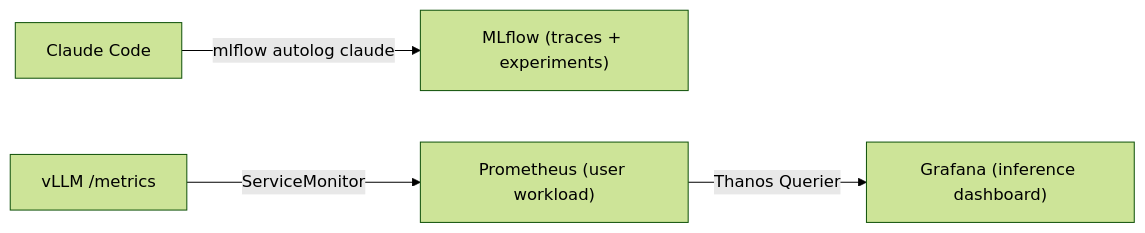
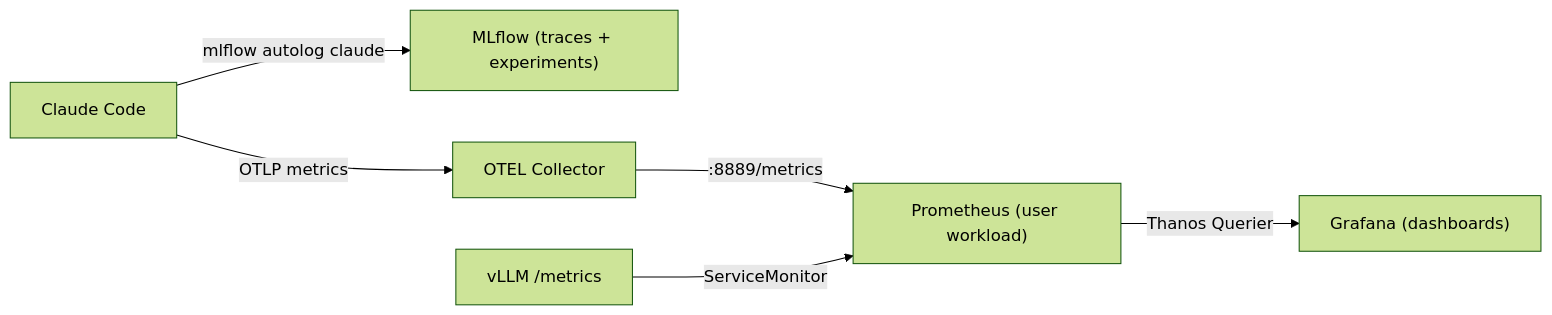
The sixth of 8 diagrams in docs/ARCHITECTURE.md (gsampaio-rh/claude-code-openshift), drawn with Mermaid (forest theme) before and after one commit. The commit also changed other lines of this file and 8 other files, not shown here.

First line of the commit message:
Claude Code agent telemetry: OTel metrics → OTEL Collector → Prometheus → Grafana

````diff
--- a/docs/ARCHITECTURE.md
+++ b/docs/ARCHITECTURE.md
@@ -488,6 +489,8 @@
 ```mermaid
 flowchart LR
     Agent["Claude Code"] -->|"mlflow autolog claude"| MLflow["MLflow (traces + experiments)"]
-    vLLM["vLLM /metrics"] -->|"ServiceMonitor"| Prom["Prometheus (user workload)"]
-    Prom -->|"Thanos Querier"| Grafana["Grafana (inference dashboard)"]
+    Agent -->|"OTLP metrics"| OTEL["OTEL Collector"]
+    OTEL -->|":8889/metrics"| Prom["Prometheus (user workload)"]
+    vLLM["vLLM /metrics"] -->|"ServiceMonitor"| Prom
+    Prom -->|"Thanos Querier"| Grafana["Grafana (dashboards)"]
 ```
````
